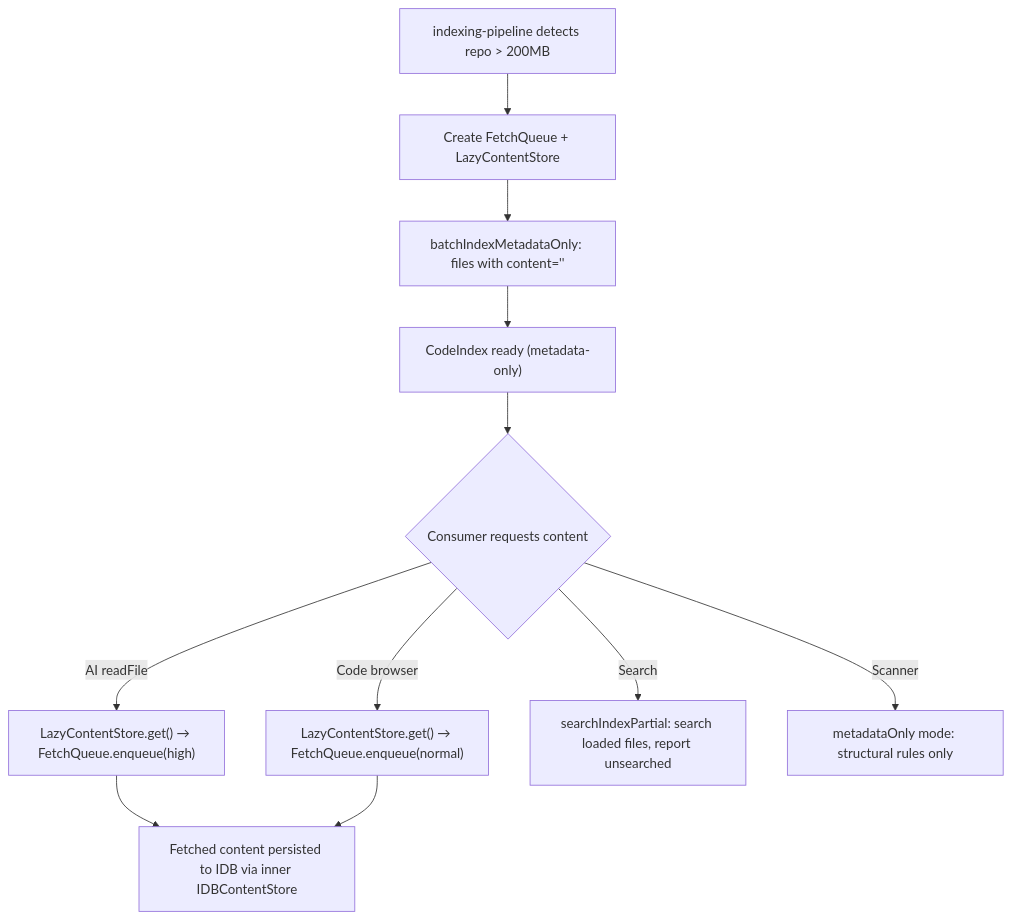
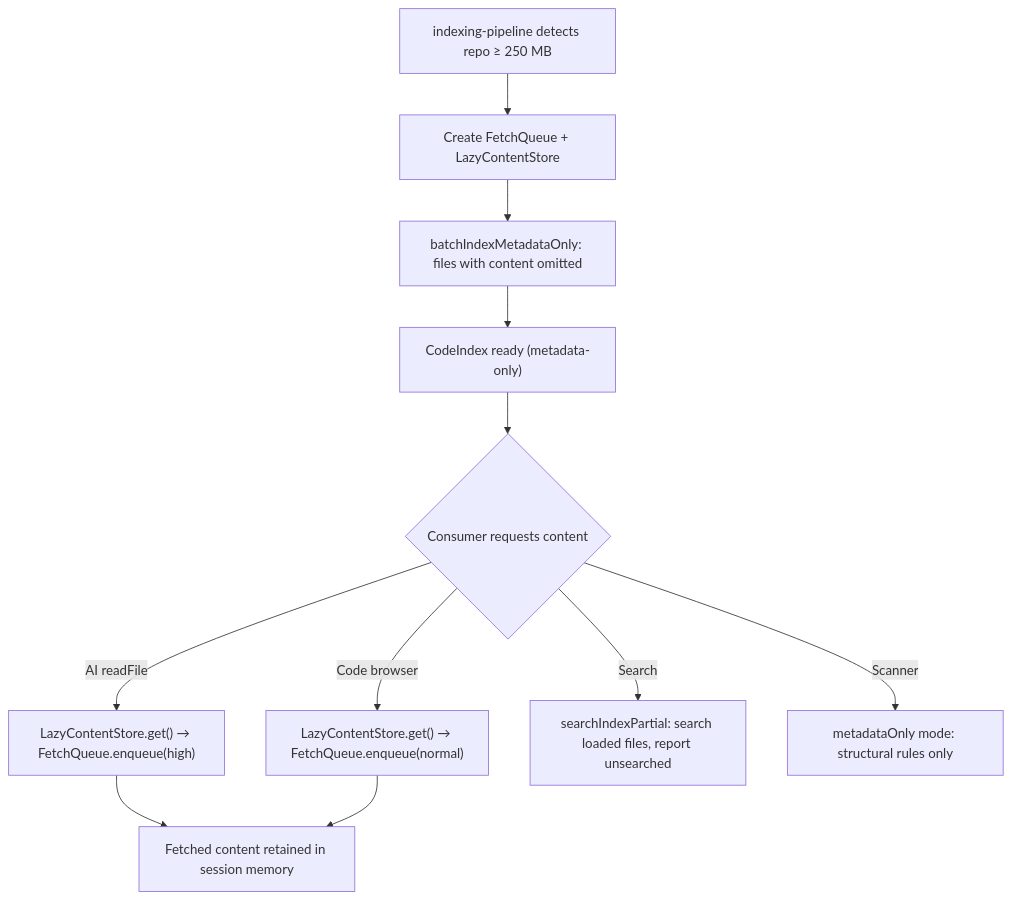
The tenth of 10 diagrams in ARCHITECTURE.md (zebbern/repolens), drawn with Mermaid before and after one commit. The commit also changed other lines of this file and 3 other files, not shown here.

````diff
--- a/ARCHITECTURE.md
+++ b/ARCHITECTURE.md
@@ -686,13 +687,13 @@
 ```mermaid
 graph TD
-  A["indexing-pipeline detects repo > 200MB"] --> B["Create FetchQueue + LazyContentStore"]
-  B --> C["batchIndexMetadataOnly: files with content=''"]
+  A["indexing-pipeline detects repo ≥ 250 MB"] --> B["Create FetchQueue + LazyContentStore"]
+  B --> C["batchIndexMetadataOnly: files with content omitted"]
   C --> D["CodeIndex ready (metadata-only)"]
   D --> E{"Consumer requests content"}
   E -->|"AI readFile"| F["LazyContentStore.get() → FetchQueue.enqueue(high)"]
   E -->|"Code browser"| G["LazyContentStore.get() → FetchQueue.enqueue(normal)"]
   E -->|"Search"| H["searchIndexPartial: search loaded files, report unsearched"]
   E -->|"Scanner"| I["metadataOnly mode: structural rules only"]
-  F --> J["Fetched content persisted to IDB via inner IDBContentStore"]
+  F --> J["Fetched content retained in session memory"]
   G --> J
 ```
````
